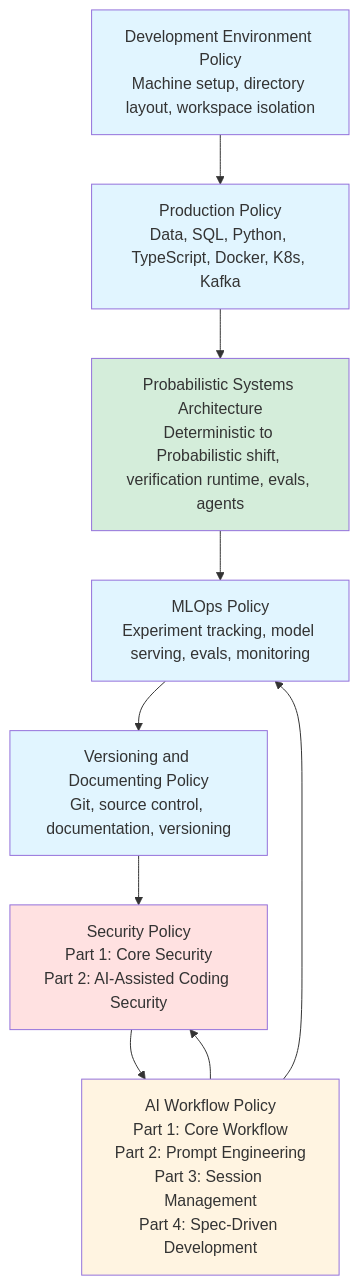
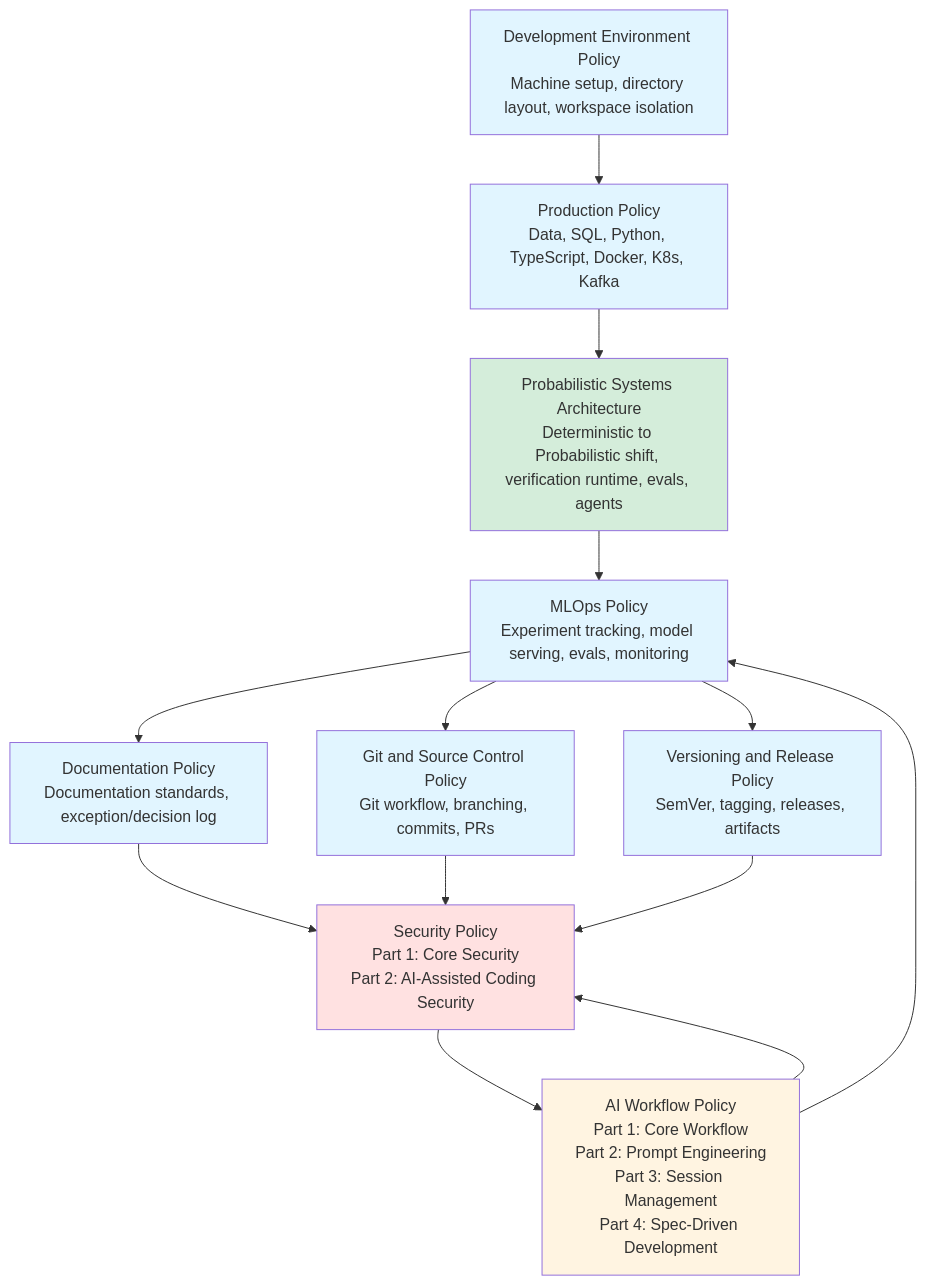
One commit to alfonsocruzvelasco/engineering-policies changed the diagram in README.md. Above: the diagram before and after it, drawn with Mermaid. The commit also changed other lines of this file and 3 other files, not shown here.

First line of the commit message:
Split versioning-and-documenting-policy into three focused files

````diff
--- a/README.md
+++ b/README.md
@@ -154,19 +163,25 @@
 ```mermaid
 graph TD
     A["Development Environment Policy<br/>Machine setup, directory layout, workspace isolation"] --> B["Production Policy<br/>Data, SQL, Python, TypeScript, Docker, K8s, Kafka"]
     B --> G["Probabilistic Systems Architecture<br/>Deterministic to Probabilistic shift, verification runtime, evals, agents"]
     G --> C["MLOps Policy<br/>Experiment tracking, model serving, evals, monitoring"]
-    C --> D["Versioning and Documenting Policy<br/>Git, source control, documentation, versioning"]
-    D --> E["Security Policy<br/>Part 1: Core Security<br/>Part 2: AI-Assisted Coding Security"]
+    C --> D1["Documentation Policy<br/>Documentation standards, exception/decision log"]
+    C --> D2["Git and Source Control Policy<br/>Git workflow, branching, commits, PRs"]
+    C --> D3["Versioning and Release Policy<br/>SemVer, tagging, releases, artifacts"]
+    D1 --> E["Security Policy<br/>Part 1: Core Security<br/>Part 2: AI-Assisted Coding Security"]
+    D2 --> E
+    D3 --> E
     E --> F["AI Workflow Policy<br/>Part 1: Core Workflow<br/>Part 2: Prompt Engineering<br/>Part 3: Session Management<br/>Part 4: Spec-Driven Development"]
     F --> C
     F --> E
 
     style A fill:#e1f5ff
     style B fill:#e1f5ff
     style G fill:#d4edda
     style C fill:#e1f5ff
-    style D fill:#e1f5ff
+    style D1 fill:#e1f5ff
+    style D2 fill:#e1f5ff
+    style D3 fill:#e1f5ff
     style E fill:#ffe1e1
     style F fill:#fff4e1
 ```
````
